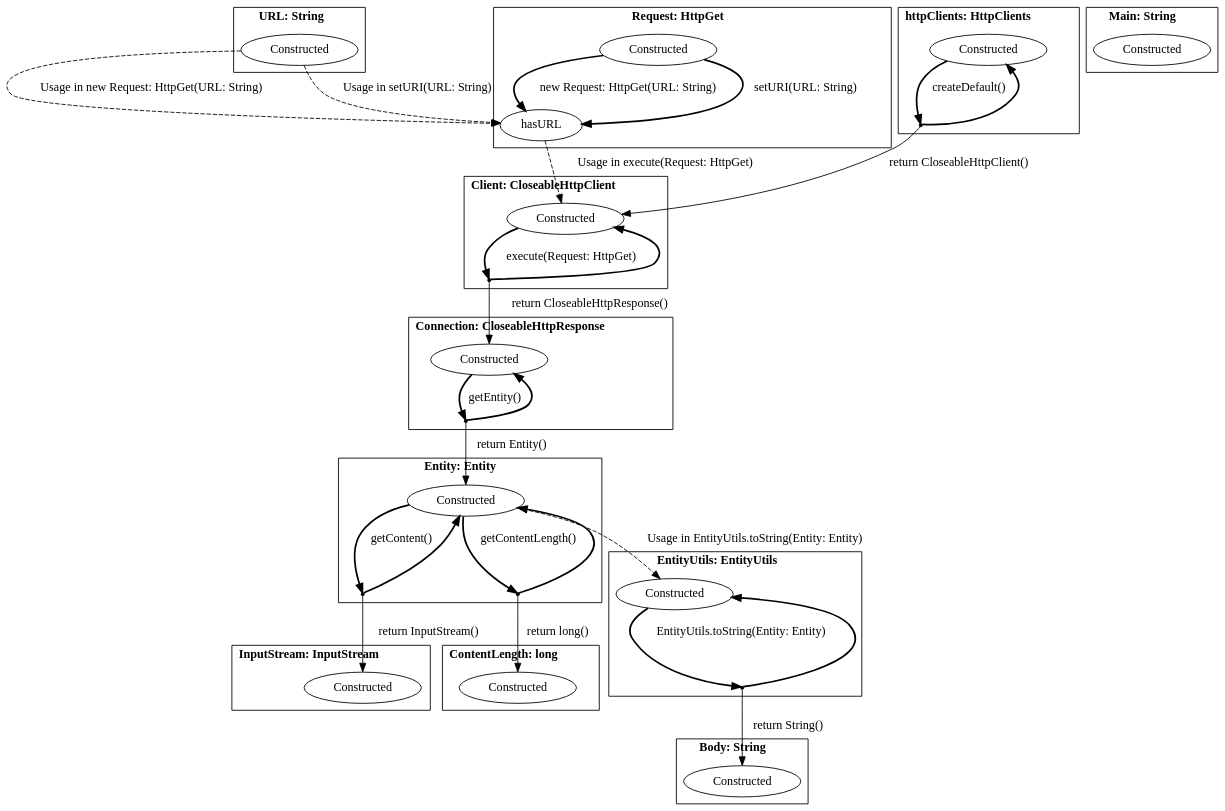
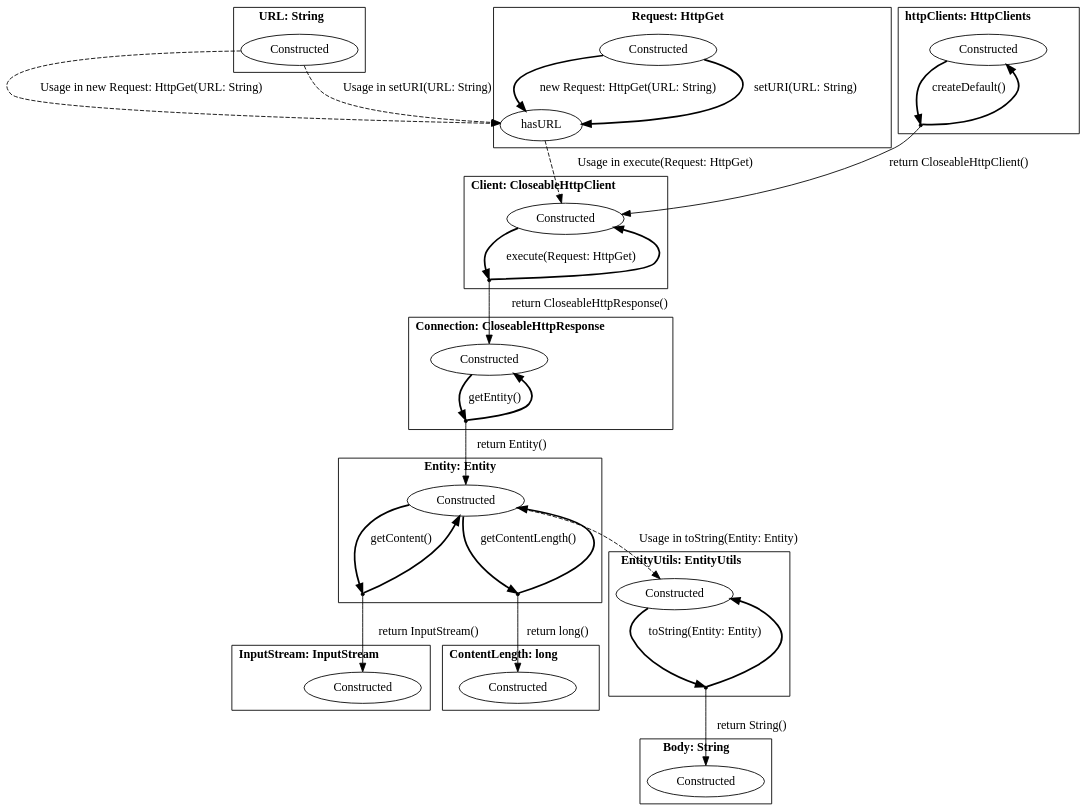
The diagram in pictures/apache.dot (h31/LibraryMigration), drawn with Graphviz before and after one commit. The commit also changed 3 other files, not shown here.

```diff
--- a/pictures/apache.dot
+++ b/pictures/apache.dot
@@ -1,78 +1,74 @@
 digraph G {
     bgcolor="transparent";
     subgraph cluster0 {
     label = <<B>URL: String</B>>;
         Constructed_URL [ label="Constructed" ];
     }
     subgraph cluster1 {
     label = <<B>Request: HttpGet</B>>;
         Constructed_Request [ label="Constructed" ];
         hasURL_Request [ label="hasURL" ];
     }
     subgraph cluster2 {
     label = <<B>Client: CloseableHttpClient</B>>;
         Constructed_Client [ label="Constructed" ];
         virtual0 [ shape = point ];
     }
     subgraph cluster3 {
     label = <<B>Connection: CloseableHttpResponse</B>>;
         Constructed_Connection [ label="Constructed" ];
         virtual1 [ shape = point ];
     }
     subgraph cluster4 {
     label = <<B>Body: String</B>>;
         Constructed_Body [ label="Constructed" ];
     }
     subgraph cluster5 {
     label = <<B>httpClients: HttpClients</B>>;
         Constructed_httpClients [ label="Constructed" ];
         virtual2 [ shape = point ];
     }
     subgraph cluster6 {
-    label = <<B>Main: String</B>>;
-        Constructed_Main [ label="Constructed" ];
-    }
-    subgraph cluster7 {
     label = <<B>InputStream: InputStream</B>>;
         Constructed_InputStream [ label="Constructed" ];
     }
-    subgraph cluster8 {
+    subgraph cluster7 {
     label = <<B>ContentLength: long</B>>;
         Constructed_ContentLength [ label="Constructed" ];
     }
-    subgraph cluster9 {
+    subgraph cluster8 {
     label = <<B>Entity: Entity</B>>;
         Constructed_Entity [ label="Constructed" ];
         virtual3 [ shape = point ];
         virtual4 [ shape = point ];
     }
-    subgraph cluster10 {
+    subgraph cluster9 {
     label = <<B>EntityUtils: EntityUtils</B>>;
         Constructed_EntityUtils [ label="Constructed" ];
         virtual5 [ shape = point ];
     }
         Constructed_URL -> hasURL_Request [ label="Usage in new Request: HttpGet(URL: String)", style = "dashed"  ];
         Constructed_URL -> hasURL_Request [ label="Usage in setURI(URL: String)", style = "dashed"  ];
         Constructed_Request -> hasURL_Request [ label="new Request: HttpGet(URL: String)", style = "bold"  ];
         Constructed_Request -> hasURL_Request [ label="setURI(URL: String)", style = "bold"  ];
         hasURL_Request -> Constructed_Client [ label="Usage in execute(Request: HttpGet)", style = "dashed"  ];
         Constructed_Client -> virtual0 [ style = "bold" label="execute(Request: HttpGet)"  ];
         virtual0 -> Constructed_Client [ style = "bold"  ];
         virtual0 -> Constructed_Connection [ label="return CloseableHttpResponse()"  ];
         Constructed_Connection -> virtual1 [ style = "bold" label="getEntity()"  ];
         virtual1 -> Constructed_Connection [ style = "bold"  ];
         virtual1 -> Constructed_Entity [ label="return Entity()"  ];
         Constructed_httpClients -> virtual2 [ style = "bold" label="createDefault()"  ];
         virtual2 -> Constructed_httpClients [ style = "bold"  ];
         virtual2 -> Constructed_Client [ label="return CloseableHttpClient()"  ];
-        Constructed_Entity -> Constructed_EntityUtils [ label="Usage in EntityUtils.toString(Entity: Entity)", style = "dashed"  ];
+        Constructed_Entity -> Constructed_EntityUtils [ label="Usage in toString(Entity: Entity)", style = "dashed"  ];
         Constructed_Entity -> virtual3 [ style = "bold" label="getContent()"  ];
         virtual3 -> Constructed_Entity [ style = "bold"  ];
         virtual3 -> Constructed_InputStream [ label="return InputStream()"  ];
         Constructed_Entity -> virtual4 [ style = "bold" label="getContentLength()"  ];
         virtual4 -> Constructed_Entity [ style = "bold"  ];
         virtual4 -> Constructed_ContentLength [ label="return long()"  ];
-        Constructed_EntityUtils -> virtual5 [ style = "bold" label="EntityUtils.toString(Entity: Entity)"  ];
+        Constructed_EntityUtils -> virtual5 [ style = "bold" label="toString(Entity: Entity)"  ];
         virtual5 -> Constructed_EntityUtils [ style = "bold"  ];
         virtual5 -> Constructed_Body [ label="return String()"  ];
 }
```
